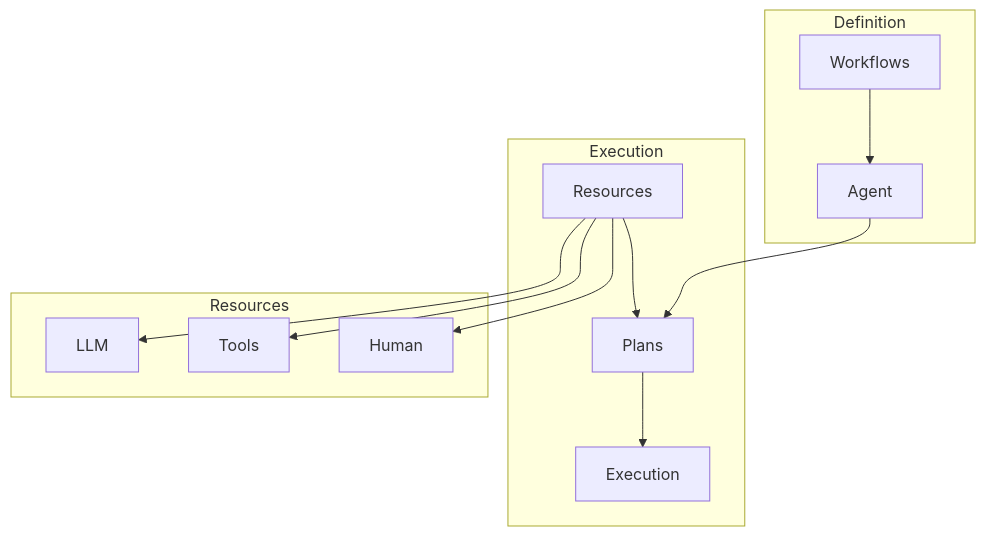
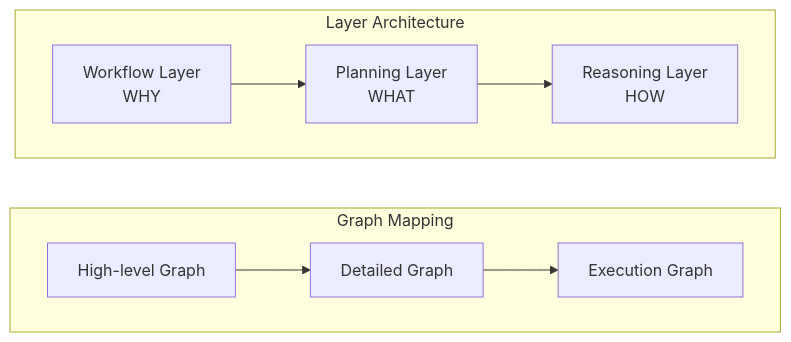
The first of 2 diagrams in dxa/README.md (aitomatic/dana), drawn with Mermaid before and after one commit. The commit also changed other lines of this file and 8 other files, not shown here.

````diff
--- a/dxa/README.md
+++ b/dxa/README.md
@@ -84,18 +15,14 @@
 ```mermaid
-graph TB
-    subgraph "Definition"
-        W[Workflows] --> A[Agent]
+graph LR
+    subgraph "Graph Mapping"
+        direction LR
+        G1[High-level Graph] --> G2[Detailed Graph]
+        G2 --> G3[Execution Graph]
     end
-    
-    subgraph "Execution"
-        A --> P[Plans]
-        R[Resources] --> P
-        P --> E[Execution]
-    end
-    
-    subgraph "Resources"
-        R --> L[LLM]
-        R --> T[Tools]
-        R --> H[Human]
+
+    subgraph "Layer Architecture"
+        direction LR
+        W[Workflow Layer<br>WHY] --> P[Planning Layer<br>WHAT]
+        P --> R[Reasoning Layer<br>HOW]
     end
 ```
````
